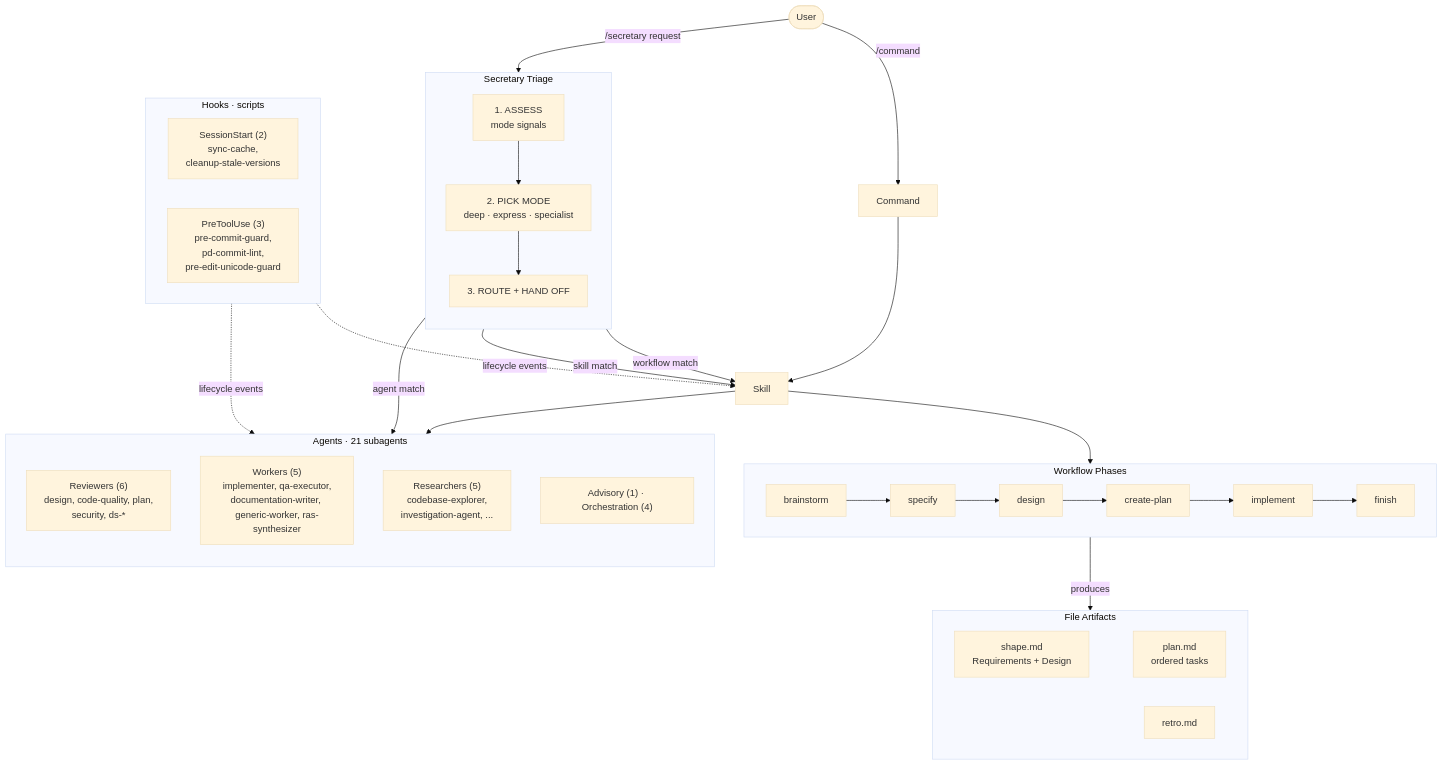
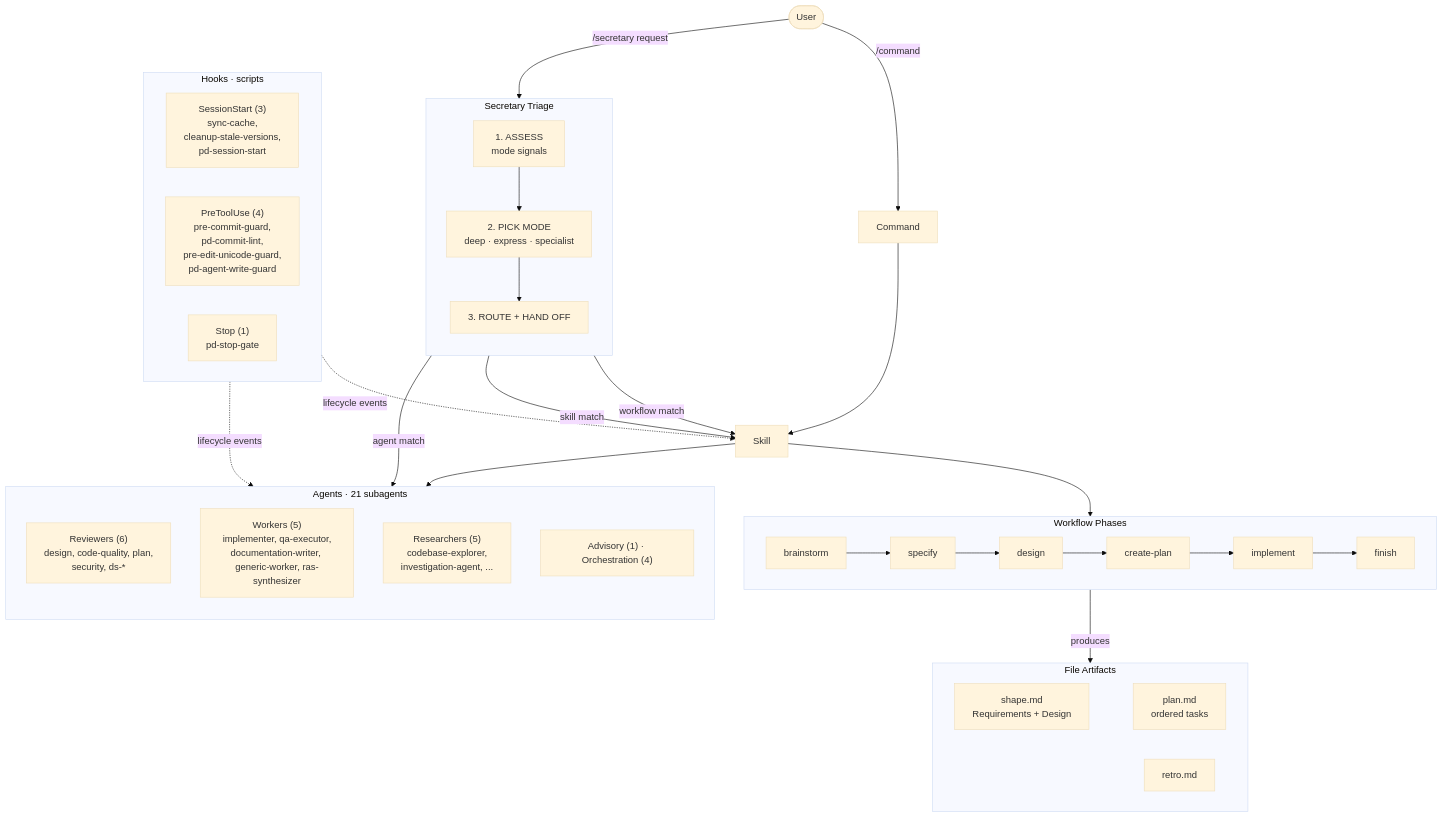
The diagram in README_FOR_DEV.md (clthuang/pedantic-drip), drawn with Mermaid (base theme) before and after one commit. The commit also changed other lines of this file and 8 other files, not shown here.

````diff
--- a/README_FOR_DEV.md
+++ b/README_FOR_DEV.md
@@ -124,50 +124,51 @@
 ```mermaid
 flowchart TD
     U([User]) -->|"/command"| CMD[Command]
     U -->|"/secretary request"| SEC
 
     subgraph SEC["Secretary Triage"]
         direction TB
         S1["1. ASSESS<br/>mode signals"] --> S2["2. PICK MODE<br/>deep · express · specialist"]
         S2 --> S7["3. ROUTE + HAND OFF"]
     end
 
     CMD --> SK[Skill]
     S7 -->|"workflow match"| SK
     S7 -->|"agent match"| AG
     S7 -->|"skill match"| SK
 
     subgraph WORKFLOW["Workflow Phases"]
         direction LR
         WF1[brainstorm] --> WF2[specify] --> WF3[design]
         WF3 --> WF4[create-plan] --> WF5[implement]
         WF5 --> WF6[finish]
     end
 
     SK --> WORKFLOW
     SK --> AG
 
     subgraph AG["Agents · 21 subagents"]
         direction TB
         A1["Reviewers (6)<br/>design, code-quality, plan,<br/>security, ds-*"]
         A2["Workers (5)<br/>implementer, qa-executor,<br/>documentation-writer, generic-worker, ras-synthesizer"]
         A3["Researchers (5)<br/>codebase-explorer,<br/>investigation-agent, ..."]
         A4["Advisory (1) · Orchestration (4)"]
     end
 
     WORKFLOW -->|"produces"| ART
 
     subgraph ART["File Artifacts"]
         F1["shape.md<br/>Requirements + Design"] ~~~ F2["plan.md<br/>ordered tasks"]
         F3[retro.md]
     end
 
     subgraph HOOKS["Hooks · scripts"]
-        H1["SessionStart (2)<br/>sync-cache,<br/>cleanup-stale-versions"]
-        H2["PreToolUse (3)<br/>pre-commit-guard,<br/>pd-commit-lint,<br/>pre-edit-unicode-guard"]
+        H1["SessionStart (3)<br/>sync-cache,<br/>cleanup-stale-versions,<br/>pd-session-start"]
+        H2["PreToolUse (4)<br/>pre-commit-guard,<br/>pd-commit-lint,<br/>pre-edit-unicode-guard,<br/>pd-agent-write-guard"]
+        H3["Stop (1)<br/>pd-stop-gate"]
     end
 
     HOOKS -.->|"lifecycle events"| SK
     HOOKS -.->|"lifecycle events"| AG
 
 ```
````
